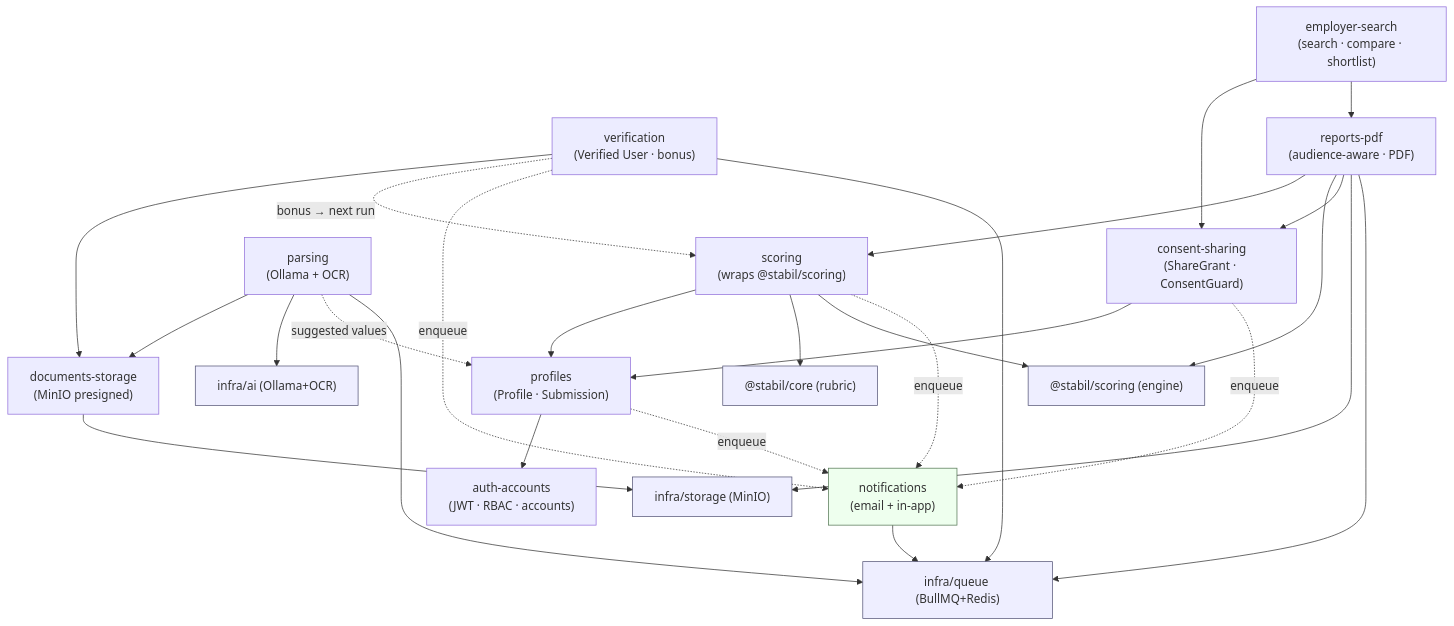
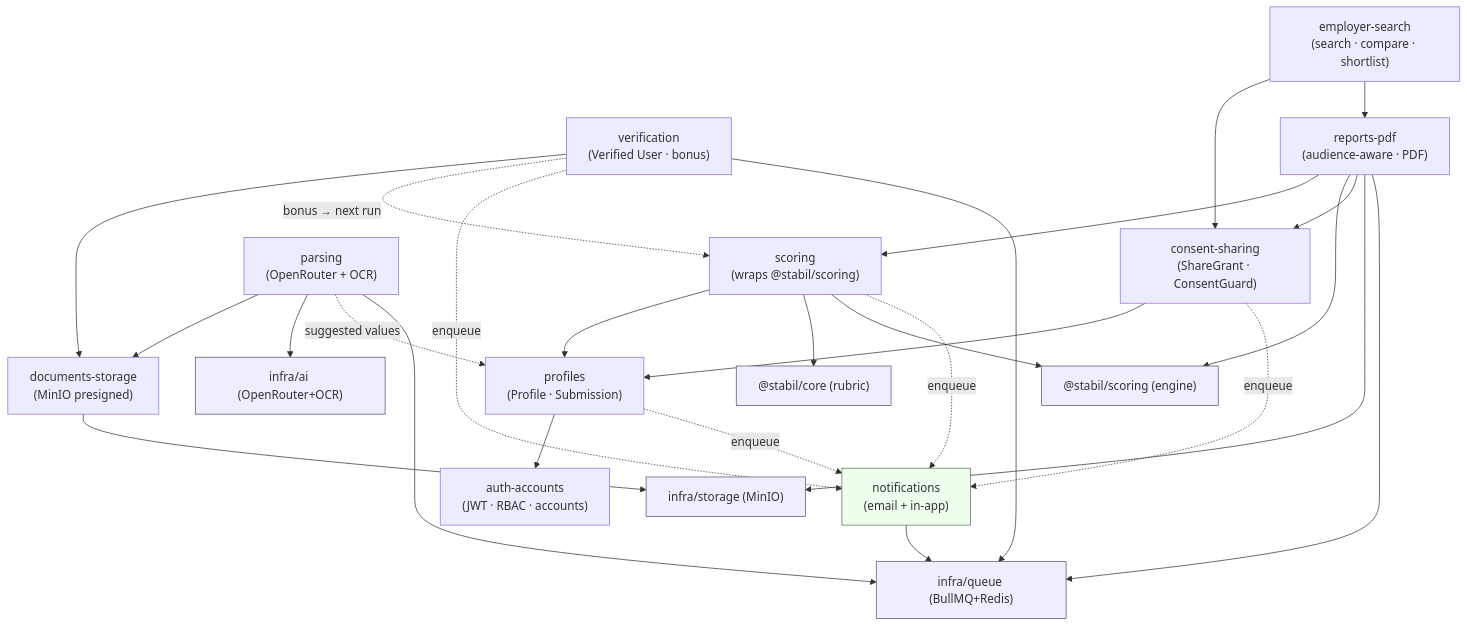
The first of 3 diagrams in docs/backend/README.md (yashranaway/stabil), drawn with Mermaid before and after one commit. The commit also changed other lines of this file and 27 other files, not shown here.

First line of the commit message:
Docs: switch AI provider from self-hosted Ollama to OpenRouter

````diff
--- a/docs/backend/README.md
+++ b/docs/backend/README.md
@@ -222,49 +222,49 @@
 ```mermaid
 graph TD
     classDef infra fill:#eef,stroke:#557;
     classDef async fill:#efe,stroke:#575;
 
     AUTH["auth-accounts<br/>(JWT · RBAC · accounts)"]
     PROF["profiles<br/>(Profile · Submission)"]
     SCORE["scoring<br/>(wraps @stabil/scoring)"]
-    PARSE["parsing<br/>(Ollama + OCR)"]
+    PARSE["parsing<br/>(OpenRouter + OCR)"]
     VERIF["verification<br/>(Verified User · bonus)"]
     DOCS["documents-storage<br/>(MinIO presigned)"]
     REPORT["reports-pdf<br/>(audience-aware · PDF)"]
     CONSENT["consent-sharing<br/>(ShareGrant · ConsentGuard)"]
     EMP["employer-search<br/>(search · compare · shortlist)"]
     NOTIF["notifications<br/>(email + in-app)"]:::async
 
     CORE["@stabil/core (rubric)"]:::infra
     ENGINE["@stabil/scoring (engine)"]:::infra
     STORAGE["infra/storage (MinIO)"]:::infra
-    AI["infra/ai (Ollama+OCR)"]:::infra
+    AI["infra/ai (OpenRouter+OCR)"]:::infra
     QUEUE["infra/queue (BullMQ+Redis)"]:::infra
 
     PROF --> AUTH
     SCORE --> PROF
     SCORE --> CORE
     SCORE --> ENGINE
     PARSE --> DOCS
     PARSE --> AI
     PARSE -. "suggested values" .-> PROF
     VERIF --> DOCS
     VERIF -. "bonus → next run" .-> SCORE
     DOCS --> STORAGE
     REPORT --> SCORE
     REPORT --> ENGINE
     REPORT --> CONSENT
     REPORT --> STORAGE
     CONSENT --> PROF
     EMP --> CONSENT
     EMP --> REPORT
 
     PROF -. enqueue .-> NOTIF
     VERIF -. enqueue .-> NOTIF
     CONSENT -. enqueue .-> NOTIF
     SCORE -. enqueue .-> NOTIF
     PARSE --> QUEUE
     VERIF --> QUEUE
     REPORT --> QUEUE
     NOTIF --> QUEUE
 ```
````
